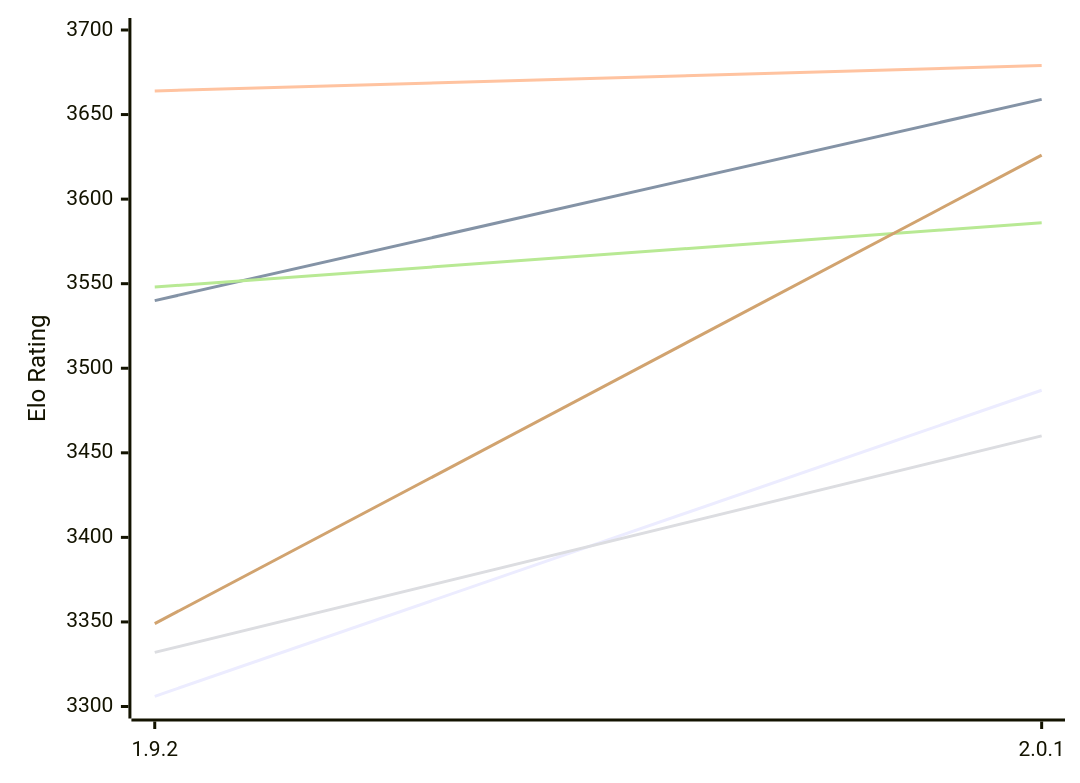
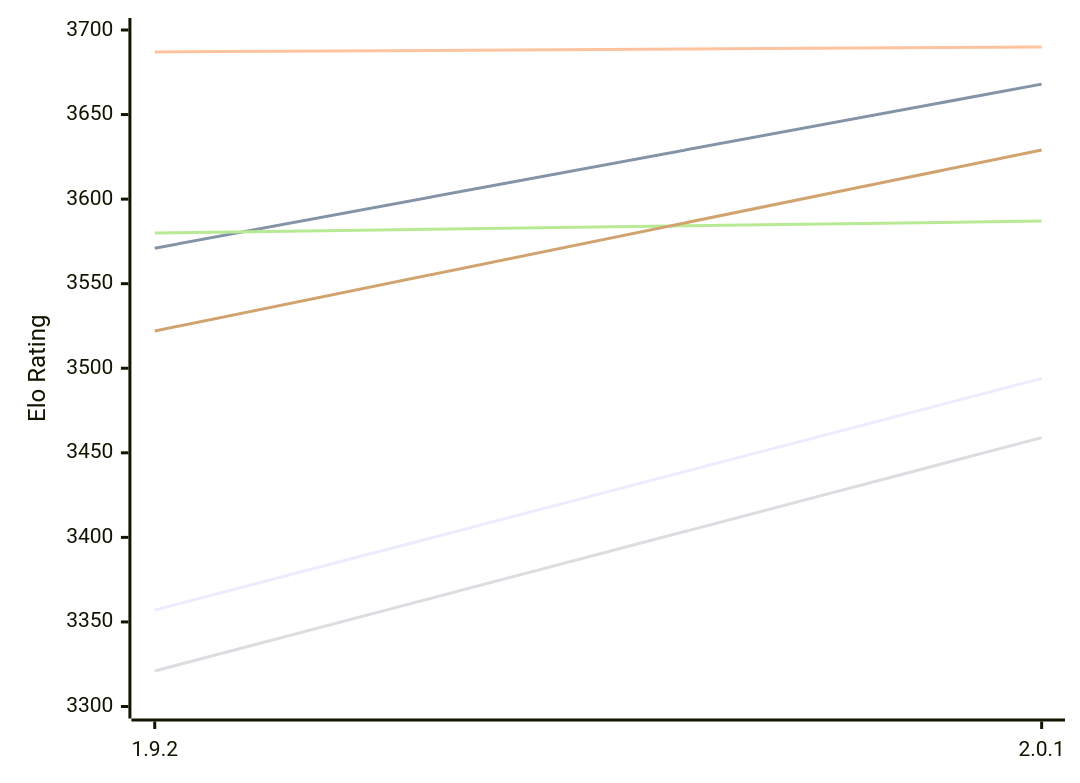
Before and after one commit to computer-chess-index/cci: the first of 2 diagrams in engines/Pawnocchio.md, drawn with Mermaid. The commit also changed other lines of this file, not shown here.

Commit message:
Update CCI Ratings (ELO VLTC) - 2026-11-16

````diff
--- a/engines/Pawnocchio.md
+++ b/engines/Pawnocchio.md
@@ -52,12 +52,12 @@
 ```mermaid
 %%{init: {"theme":"base","themeVariables":{"seriesColors:['#a3a3a3','#222221','#faa371']}}}%%
 xychart-beta
   x-axis ["1.9.2", "2.0.1"]
   y-axis "Elo Rating" 3300 --> 3700
-  line "E1: STC (8.0+0.08s)" [3306, 3487]
-  line "E1: LTC (60.0+0.60s)" [3540, 3659]
-  line "E1: VLTC (2m24s+1.12s)" [3664, 3679]
-  line "P1: STC (8.0+0.08s)" [3332, 3460]
-  line "P1: LTC (60.0+0.60s)" [3548, 3586]
-  line "P1: VLTC (2m24s+1.12s)" [3349, 3626]
+  line "E1: STC (8.0+0.08s)" [3357, 3494]
+  line "E1: LTC (60.0+0.60s)" [3571, 3668]
+  line "E1: VLTC (2m24s+1.12s)" [3687, 3690]
+  line "P1: STC (8.0+0.08s)" [3321, 3459]
+  line "P1: LTC (60.0+0.60s)" [3580, 3587]
+  line "P1: VLTC (2m24s+1.12s)" [3522, 3629]
 ```
````
